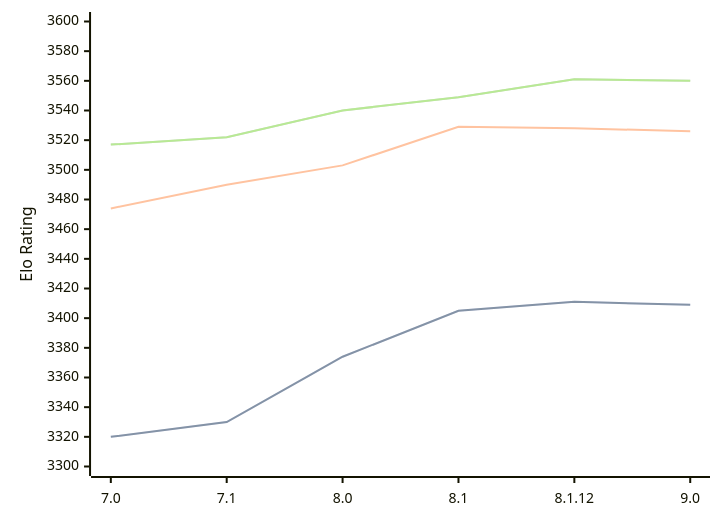
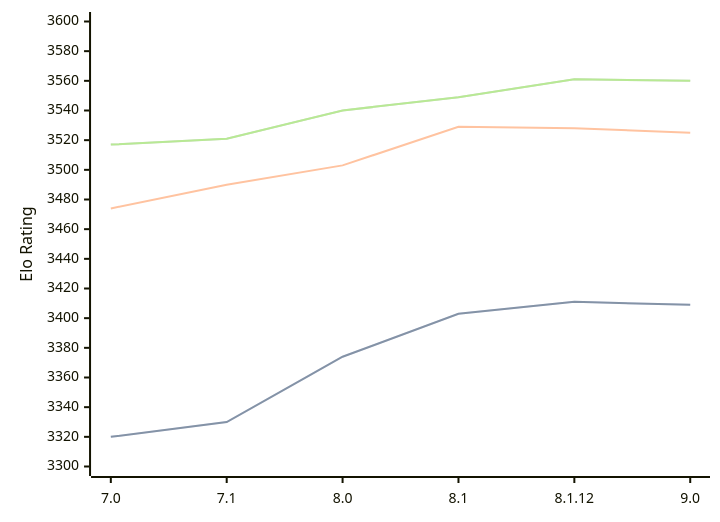
Before and after one commit to computer-chess-index/cci: the first of 3 diagrams in engines/Alexandria.md, drawn with Mermaid. The commit also changed other lines of this file, not shown here.

Commit message:
Update CCI Ratings (ELO VLTC) - 2026-06-17

````diff
--- a/engines/Alexandria.md
+++ b/engines/Alexandria.md
@@ -55,11 +55,11 @@
 ```mermaid
 %%{init: {"theme":"base","themeVariables":{"seriesColors:['#a3a3a3','#222221','#faa371']}}}%%
 xychart-beta
   x-axis ["7.0", "7.1", "8.0", "8.1", "8.1.12", "9.0"]
   y-axis "Elo Rating" 3300 --> 3600
-  line "STC (8.0+0.08s)" [3320, 3330, 3374, 3405, 3411, 3409]
-  line "STC (8.0+0.08s)" [3320, 3330, 3374, 3405, 3411, 3409]
-  line "LTC (60.0+0.60s)" [3474, 3490, 3503, 3529, 3528, 3526]
-  line "VLTC (2m24s+1.12s)" [3517, 3522, 3540, 3549, 3561, 3560]
-  line "VLTC (2m24s+1.12s)" [3517, 3522, 3540, 3549, 3561, 3560]
+  line "STC (8.0+0.08s)" [3320, 3330, 3374, 3403, 3411, 3409]
+  line "STC (8.0+0.08s)" [3320, 3330, 3374, 3403, 3411, 3409]
+  line "LTC (60.0+0.60s)" [3474, 3490, 3503, 3529, 3528, 3525]
+  line "VLTC (2m24s+1.12s)" [3517, 3521, 3540, 3549, 3561, 3560]
+  line "VLTC (2m24s+1.12s)" [3517, 3521, 3540, 3549, 3561, 3560]
 ```
````
